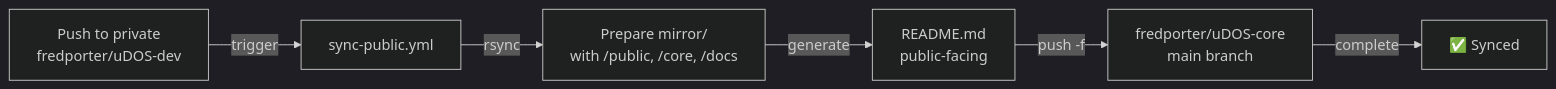
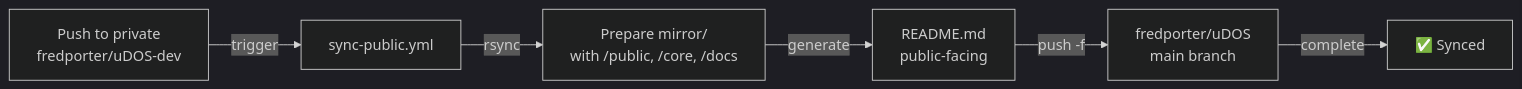
The diagram in docs/howto/setup-udos-core-sync.md (fredporter/uDOS), drawn with Mermaid (dark theme) before and after one commit. The commit also changed other lines of this file and 32 other files, not shown here.

First line of the commit message:
docs: rename public repo from uDOS-core to uDOS (v1.0.0.1)

````diff
--- a/docs/howto/setup-udos-core-sync.md
+++ b/docs/howto/setup-udos-core-sync.md
@@ -112,8 +112,8 @@
 ```mermaid
 graph LR
     A["Push to private<br/>fredporter/uDOS-dev"] -->|trigger| B["sync-public.yml"]
     B -->|rsync| C["Prepare mirror/<br/>with /public, /core, /docs"]
     C -->|generate| D["README.md<br/>public-facing"]
-    D -->|push -f| E["fredporter/uDOS-core<br/>main branch"]
+    D -->|push -f| E["fredporter/uDOS<br/>main branch"]
     E -->|complete| F["✅ Synced"]
 ```
````
